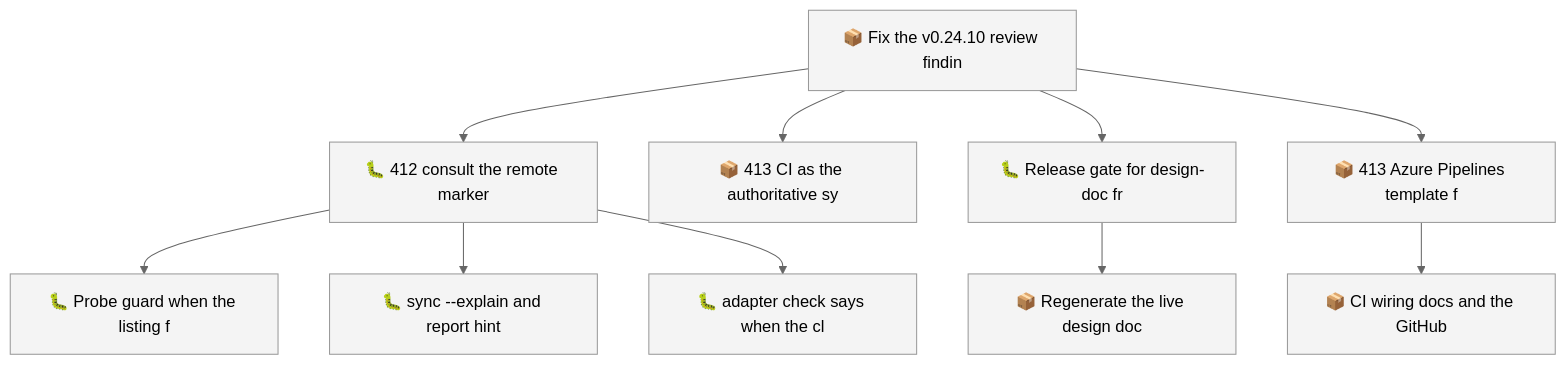
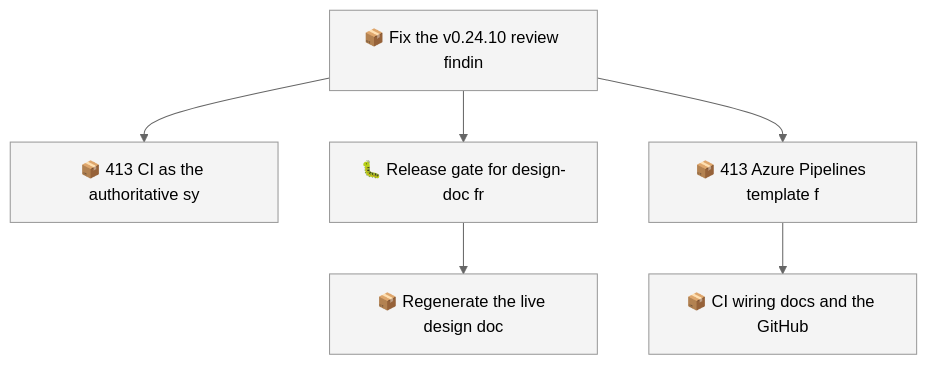
Before and after one commit to SpillwaveSolutions/wiki_ticket_sdd: the first of 2 diagrams in docs/roadmap.md, drawn with Mermaid (neutral theme). The commit also changed other lines of this file and 5 other files, not shown here.

Commit message:
chore(worklog): regenerate derived docs after merging main (01M2XCWMVEH3XFP2VPS9JBD6XF)

````diff
--- a/docs/roadmap.md
+++ b/docs/roadmap.md
@@ -48,24 +44,16 @@
 ```mermaid
 graph TD
     01M2XCWMV0QYM4ZRBWN1V1327B["📦 Fix the v0.24.10 review findin"]
-    01M2XCWMVD7KJ01FCNEV1X8237["🐛 412 consult the remote marker"]
-    01M2XCWMVEH3XFP2VPS9JBD6X7["🐛 Probe guard when the listing f"]
-    01M2XCWMVEH3XFP2VPS9JBD6X9["🐛 sync --explain and report hint"]
-    01M2XCWMVEH3XFP2VPS9JBD6XB["🐛 adapter check says when the cl"]
     01M2XCWMVEH3XFP2VPS9JBD6XN["📦 413 CI as the authoritative sy"]
     01M2XCWMVEH3XFP2VPS9JBD6XQ["🐛 Release gate for design-doc fr"]
     01M2XCWMVEH3XFP2VPS9JBD6XS["📦 Regenerate the live design doc"]
     01M2XCWMVEH3XFP2VPS9JBD6XV["📦 413 Azure Pipelines template f"]
     01M2XCWMVEH3XFP2VPS9JBD6XX["📦 CI wiring docs and the GitHub"]
-    01M2XCWMV0QYM4ZRBWN1V1327B --> 01M2XCWMVD7KJ01FCNEV1X8237
-    01M2XCWMVD7KJ01FCNEV1X8237 --> 01M2XCWMVEH3XFP2VPS9JBD6X7
-    01M2XCWMVD7KJ01FCNEV1X8237 --> 01M2XCWMVEH3XFP2VPS9JBD6X9
-    01M2XCWMVD7KJ01FCNEV1X8237 --> 01M2XCWMVEH3XFP2VPS9JBD6XB
     01M2XCWMV0QYM4ZRBWN1V1327B --> 01M2XCWMVEH3XFP2VPS9JBD6XN
     01M2XCWMV0QYM4ZRBWN1V1327B --> 01M2XCWMVEH3XFP2VPS9JBD6XQ
     01M2XCWMVEH3XFP2VPS9JBD6XQ --> 01M2XCWMVEH3XFP2VPS9JBD6XS
     01M2XCWMV0QYM4ZRBWN1V1327B --> 01M2XCWMVEH3XFP2VPS9JBD6XV
     01M2XCWMVEH3XFP2VPS9JBD6XV --> 01M2XCWMVEH3XFP2VPS9JBD6XX
     classDef todo fill:#f4f4f4,stroke:#999999
-    class 01M2XCWMV0QYM4ZRBWN1V1327B,01M2XCWMVD7KJ01FCNEV1X8237,01M2XCWMVEH3XFP2VPS9JBD6X7,01M2XCWMVEH3XFP2VPS9JBD6X9,01M2XCWMVEH3XFP2VPS9JBD6XB,01M2XCWMVEH3XFP2VPS9JBD6XN,01M2XCWMVEH3XFP2VPS9JBD6XQ,01M2XCWMVEH3XFP2VPS9JBD6XS,01M2XCWMVEH3XFP2VPS9JBD6XV,01M2XCWMVEH3XFP2VPS9JBD6XX todo
+    class 01M2XCWMV0QYM4ZRBWN1V1327B,01M2XCWMVEH3XFP2VPS9JBD6XN,01M2XCWMVEH3XFP2VPS9JBD6XQ,01M2XCWMVEH3XFP2VPS9JBD6XS,01M2XCWMVEH3XFP2VPS9JBD6XV,01M2XCWMVEH3XFP2VPS9JBD6XX todo
 ```
````
